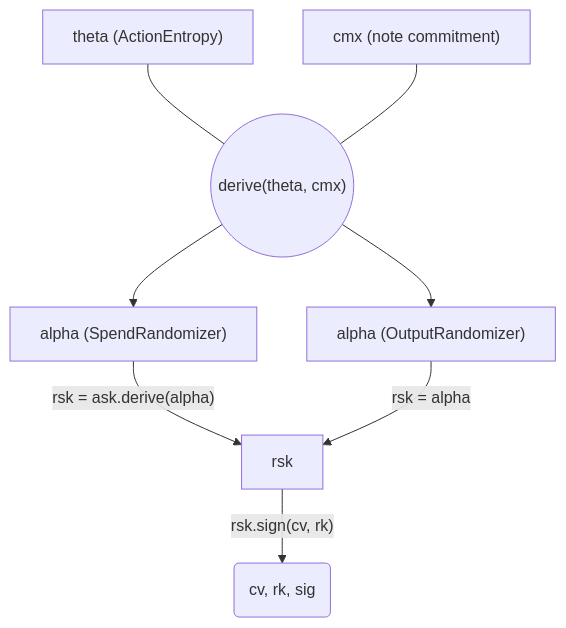
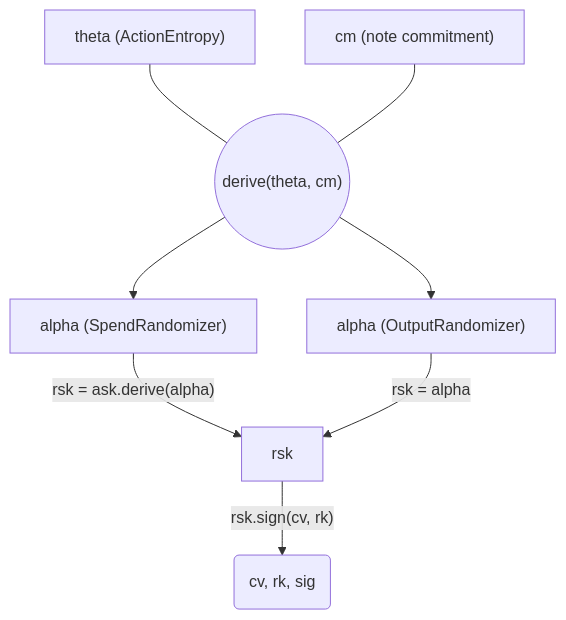
One commit to tachyon-zcash/tachyon changed the first of 2 diagrams in book/src/authorization.md. Above: the diagram before and after it, drawn with Mermaid. The commit also changed other lines of this file and 10 other files, not shown here.

````diff
--- a/book/src/authorization.md
+++ b/book/src/authorization.md
@@ -9,15 +11,15 @@
 ```mermaid
 flowchart TB
     theta["theta (ActionEntropy)"]
-    cmx["cmx (note commitment)"]
-    hash(("derive(theta, cmx)"))
+    cm["cm (note commitment)"]
+    hash(("derive(theta, cm)"))
 
-    theta & cmx --- hash --> spend_alpha & output_alpha
+    theta & cm --- hash --> spend_alpha & output_alpha
 
     spend_alpha["alpha (SpendRandomizer)"]
     output_alpha["alpha (OutputRandomizer)"]
 
     spend_alpha -->|"rsk = ask.derive(alpha)"| rsk
 
     output_alpha -->|"rsk = alpha"| rsk -->|"rsk.sign(cv, rk)"| action(cv, rk, sig)
 ```
````
